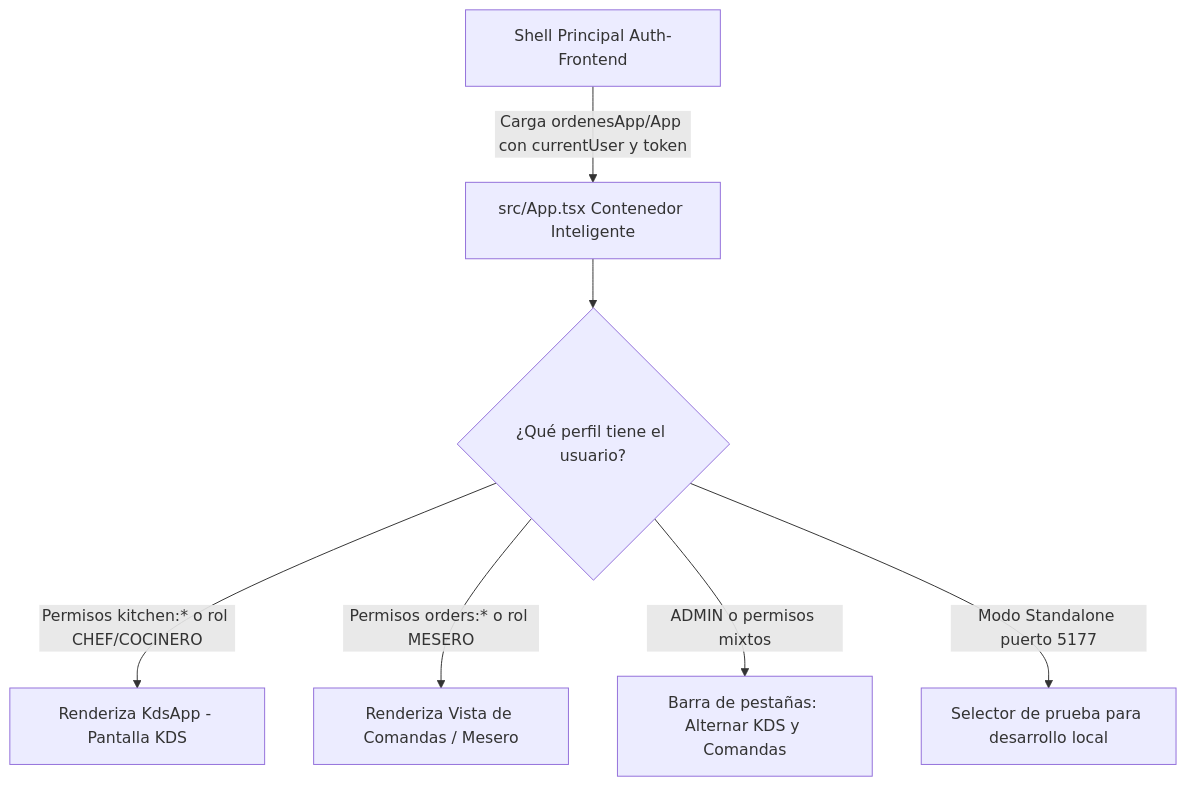
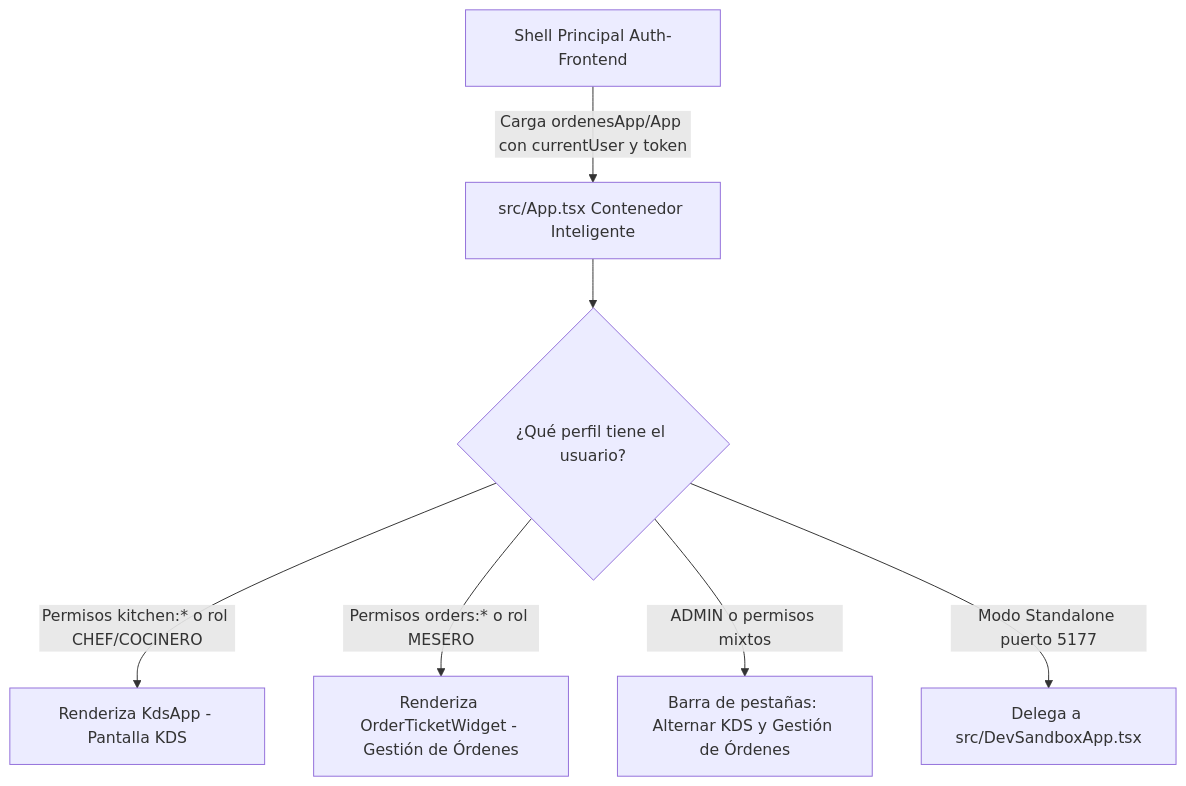
The diagram in docs/analisis_integracion_shell_microfrontends.md (FMAT-Restaurant/OrdersKDS-Frontend), drawn with Mermaid before and after one commit. The commit also changed other lines of this file and 14 other files, not shown here.

Commit message:
refactor(frontend): standardize Waiter "Orden" wording, isolate DevSandboxApp, and share Waiter-KDS sandbox lifecycle

````diff
--- a/docs/analisis_integracion_shell_microfrontends.md
+++ b/docs/analisis_integracion_shell_microfrontends.md
@@ -40,11 +40,11 @@
 ```mermaid
 flowchart TD
     Shell[Shell Principal Auth-Frontend] -->|Carga ordenesApp/App con currentUser y token| AppContainer[src/App.tsx Contenedor Inteligente]
     
     AppContainer --> CheckRole{¿Qué perfil tiene el usuario?}
     
     CheckRole -->|Permisos kitchen:* o rol CHEF/COCINERO| RenderKDS[Renderiza KdsApp - Pantalla KDS]
-    CheckRole -->|Permisos orders:* o rol MESERO| RenderOrders[Renderiza Vista de Comandas / Mesero]
-    CheckRole -->|ADMIN o permisos mixtos| RenderTabbed[Barra de pestañas: Alternar KDS y Comandas]
-    CheckRole -->|Modo Standalone puerto 5177| RenderStandalone[Selector de prueba para desarrollo local]
+    CheckRole -->|Permisos orders:* o rol MESERO| RenderOrders[Renderiza OrderTicketWidget - Gestión de Órdenes]
+    CheckRole -->|ADMIN o permisos mixtos| RenderTabbed[Barra de pestañas: Alternar KDS y Gestión de Órdenes]
+    CheckRole -->|Modo Standalone puerto 5177| RenderStandalone[Delega a src/DevSandboxApp.tsx]
 ```
````
